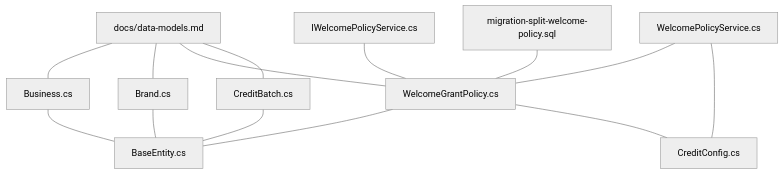
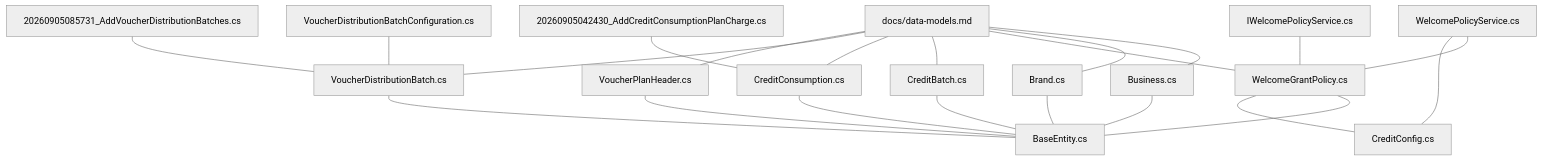
One commit to lamhongbac/NonCash changed the first of 3 diagrams in .qoder/repowiki/en/content/Data Models and Database Design/Core Business Entities.md. Above: the diagram before and after it, drawn with Mermaid (neutral theme). The commit also changed other lines of this file and 111 other files, not shown here.

````diff
--- a/.qoder/repowiki/en/content/Data Models and Database Design/Core Business Entities.md
+++ b/.qoder/repowiki/en/content/Data Models and Database Design/Core Business Entities.md
@@ -67,26 +71,39 @@
 ```mermaid
 graph TB
 DM["docs/data-models.md"]
 BE["Business.cs"]
 BR["Brand.cs"]
 WGP["WelcomeGrantPolicy.cs"]
 CB["CreditBatch.cs"]
-CC["CreditConfig.cs"]
+CC["CreditConsumption.cs"]
+VDB["VoucherDistributionBatch.cs"]
+VPH["VoucherPlanHeader.cs"]
+CCFG["CreditConfig.cs"]
 IWS["IWelcomePolicyService.cs"]
 WPS["WelcomePolicyService.cs"]
-MIG["migration-split-welcome-policy.sql"]
+VDBC["VoucherDistributionBatchConfiguration.cs"]
+MIG1["20260905085731_AddVoucherDistributionBatches.cs"]
+MIG2["20260905042430_AddCreditConsumptionPlanCharge.cs"]
 BASE["BaseEntity.cs"]
 DM --- BE
 DM --- BR
 DM --- WGP
 DM --- CB
+DM --- CC
+DM --- VDB
+DM --- VPH
 BE --- BASE
 BR --- BASE
 WGP --- BASE
 CB --- BASE
-WGP --- CC
+CC --- BASE
+VDB --- BASE
+VPH --- BASE
+WGP --- CCFG
 IWS --- WGP
 WPS --- WGP
-WPS --- CC
-MIG --- WGP
+WPS --- CCFG
+VDBC --- VDB
+MIG1 --- VDB
+MIG2 --- CC
 ```
````
